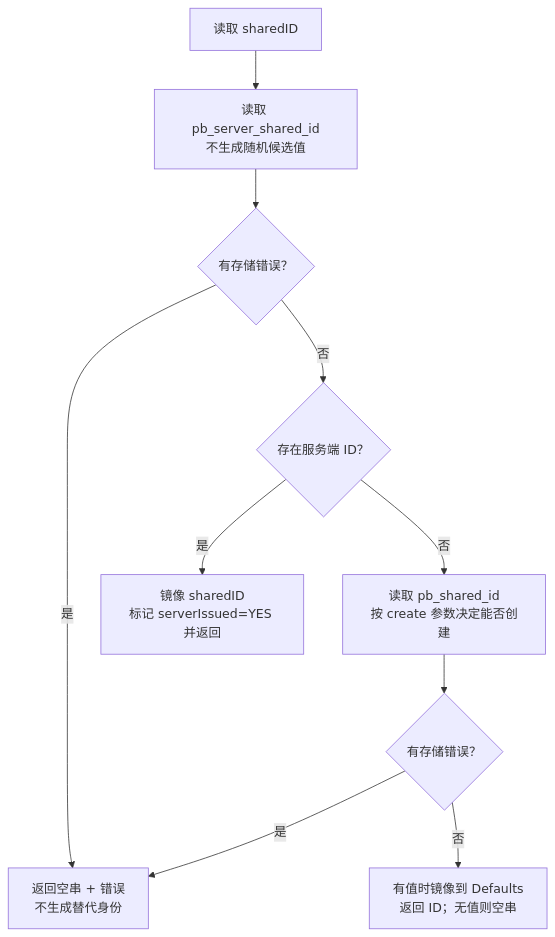
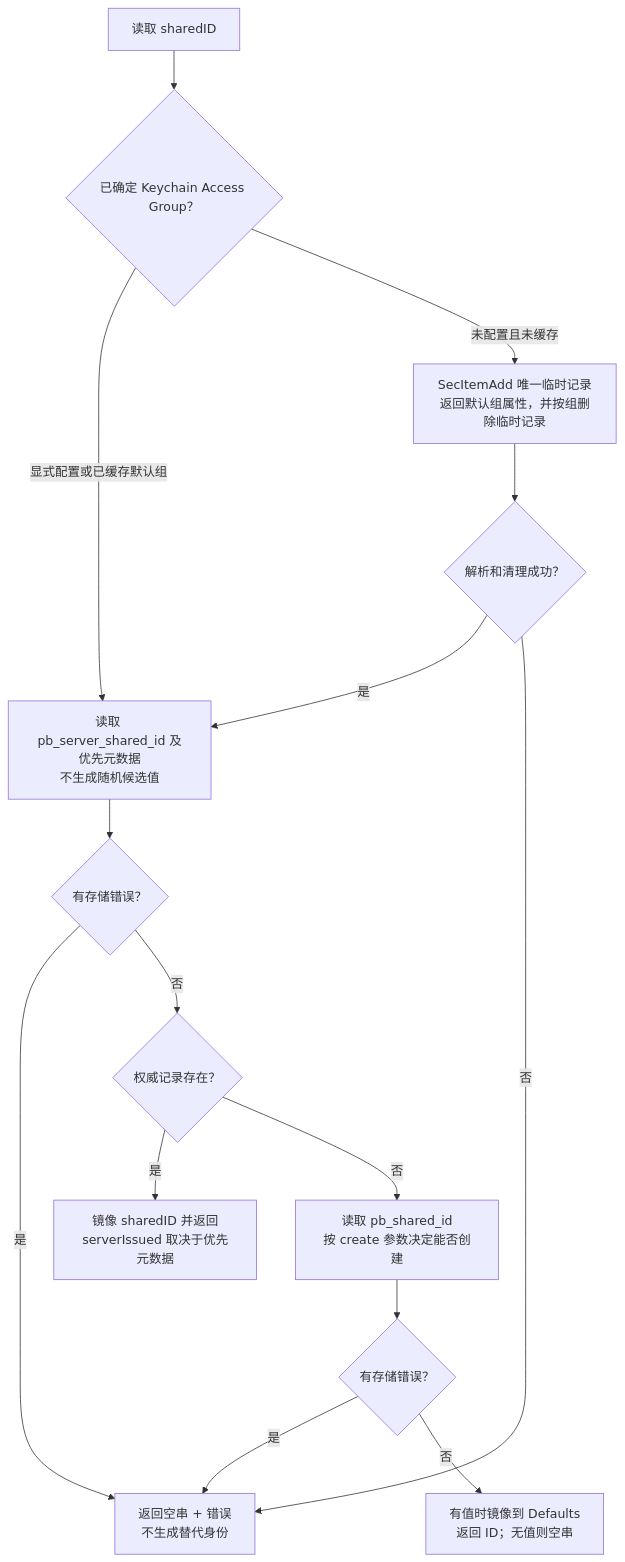
Before and after one commit to shanbozhu/TestOC: the fifth of 14 diagrams in PBCrossAppUniqueDeviceIdentifier/Docs/FeatureFlows.md, drawn with Mermaid. The commit also changed other lines of this file and 7 other files, not shown here.

````diff
--- a/PBCrossAppUniqueDeviceIdentifier/Docs/FeatureFlows.md
+++ b/PBCrossAppUniqueDeviceIdentifier/Docs/FeatureFlows.md
@@ -146,12 +146,17 @@
 ```mermaid
 flowchart TD
-    Start["读取 sharedID"] --> Server["读取 pb_server_shared_id<br/>不生成随机候选值"]
+    Start["读取 sharedID"] --> Scope{"已确定 Keychain Access Group？"}
+    Scope -->|显式配置或已缓存默认组| Server["读取 pb_server_shared_id 及优先元数据<br/>不生成随机候选值"]
+    Scope -->|未配置且未缓存| Probe["SecItemAdd 唯一临时记录<br/>返回默认组属性，并按组删除临时记录"]
+    Probe --> ProbeOK{"解析和清理成功？"}
+    ProbeOK -->|是| Server
+    ProbeOK -->|否| Fail["返回空串 + 错误<br/>不生成替代身份"]
     Server --> ServerError{"有存储错误？"}
-    ServerError -->|是| Fail["返回空串 + 错误<br/>不生成替代身份"]
-    ServerError -->|否| HasServer{"存在服务端 ID？"}
-    HasServer -->|是| ServerReturn["镜像 sharedID<br/>标记 serverIssued=YES 并返回"]
+    ServerError -->|是| Fail
+    ServerError -->|否| HasServer{"权威记录存在？"}
+    HasServer -->|是| ServerReturn["镜像 sharedID 并返回<br/>serverIssued 取决于优先元数据"]
     HasServer -->|否| Local["读取 pb_shared_id<br/>按 create 参数决定能否创建"]
     Local --> LocalError{"有存储错误？"}
     LocalError -->|是| Fail
     LocalError -->|否| Mirror["有值时镜像到 Defaults<br/>返回 ID；无值则空串"]
 ```
````
